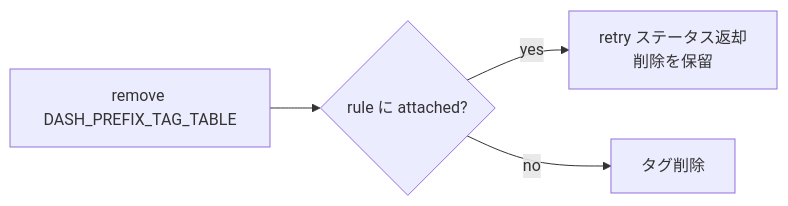
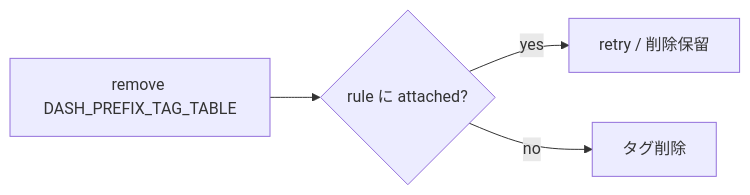
Before and after one commit to aoki-taquan/sonic-unofficial-docs: the first of 3 diagrams in docs/acl-qos/dash-acl-tags.md, drawn with Mermaid. The commit also changed other lines of this file and 10 other files, not shown here.

````diff
--- a/docs/acl-qos/dash-acl-tags.md
+++ b/docs/acl-qos/dash-acl-tags.md
@@ -101,6 +83,6 @@
 ```mermaid
 flowchart LR
     R[remove DASH_PREFIX_TAG_TABLE] --> C{rule に attached?}
-    C -->|yes| RT[retry ステータス返却<br/>削除を保留]
+    C -->|yes| RT[retry / 削除保留]
     C -->|no| D[タグ削除]
 ```
````
